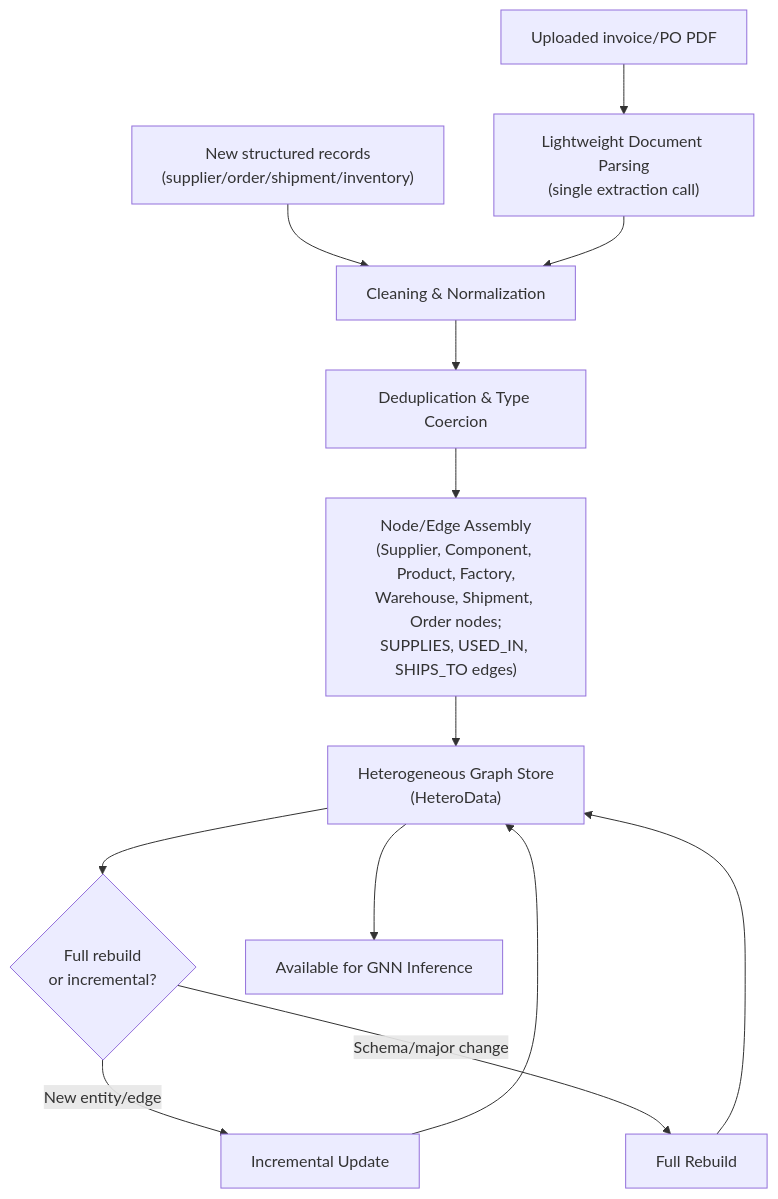
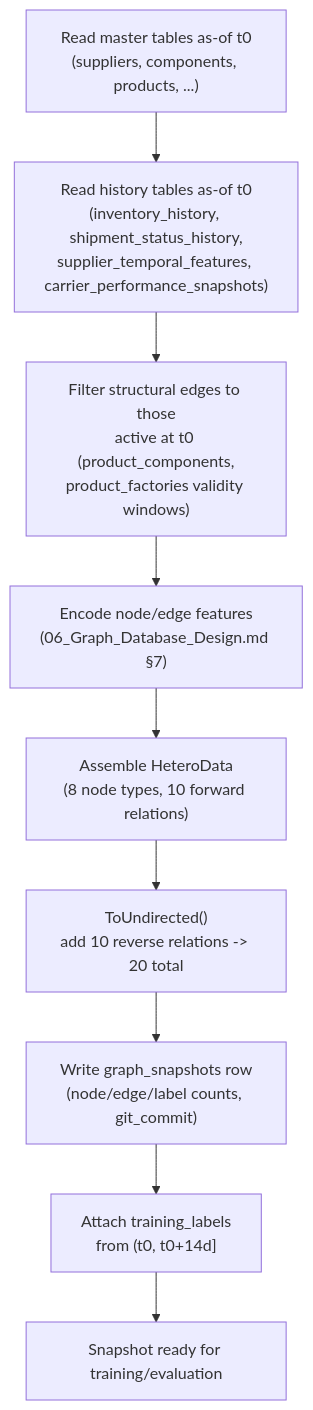
Before and after one commit to murali-ftw/ChainPilot: the first of 4 diagrams in docs/04_Application_Flow.md, drawn with Mermaid. The commit also changed other lines of this file and 22 other files, not shown here.

````diff
--- a/docs/04_Application_Flow.md
+++ b/docs/04_Application_Flow.md
@@ -96,15 +31,11 @@
 ```mermaid
 flowchart TD
-    A["New structured records\n(supplier/order/shipment/inventory)"] --> C["Cleaning & Normalization"]
-    B["Uploaded invoice/PO PDF"] --> P["Lightweight Document Parsing\n(single extraction call)"]
-    P --> C
-    C --> D["Deduplication & Type Coercion"]
-    D --> E["Node/Edge Assembly\n(Supplier, Component, Product, Factory,\nWarehouse, Shipment, Order nodes;\nSUPPLIES, USED_IN, SHIPS_TO edges)"]
-    E --> F["Heterogeneous Graph Store\n(HeteroData)"]
-    F --> G{"Full rebuild\nor incremental?"}
-    G -->|New entity/edge| H["Incremental Update"]
-    G -->|Schema/major change| I["Full Rebuild"]
-    H --> F
-    I --> F
-    F --> J["Available for GNN Inference"]
+    A["Read master tables as-of t0\n(suppliers, components, products, ...)"] --> B["Read history tables as-of t0\n(inventory_history, shipment_status_history,\nsupplier_temporal_features, carrier_performance_snapshots)"]
+    B --> C["Filter structural edges to those\nactive at t0 (product_components,\nproduct_factories validity windows)"]
+    C --> D["Encode node/edge features\n(06_Graph_Database_Design.md §7)"]
+    D --> E["Assemble HeteroData\n(8 node types, 10 forward relations)"]
+    E --> F["ToUndirected()\nadd 10 reverse relations -> 20 total"]
+    F --> G["Write graph_snapshots row\n(node/edge/label counts, git_commit)"]
+    G --> H["Attach training_labels\nfrom (t0, t0+14d]"]
+    H --> I["Snapshot ready for training/evaluation"]
 ```
````
